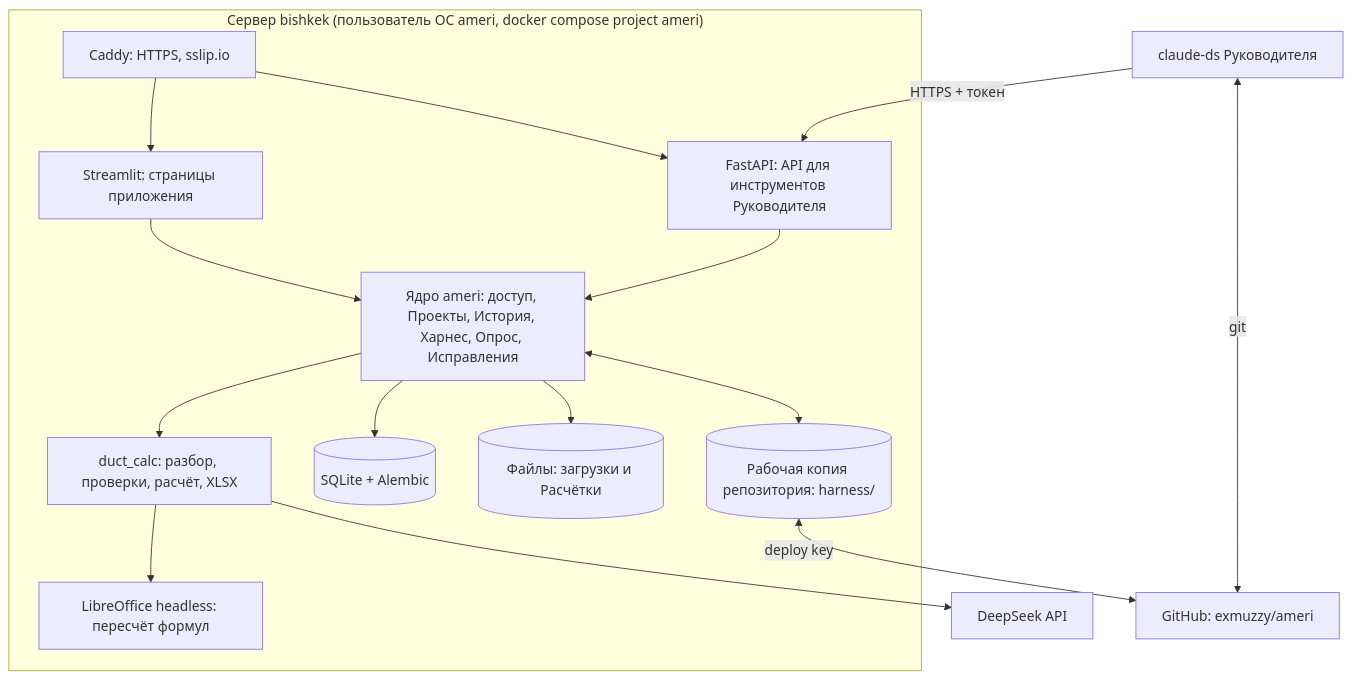
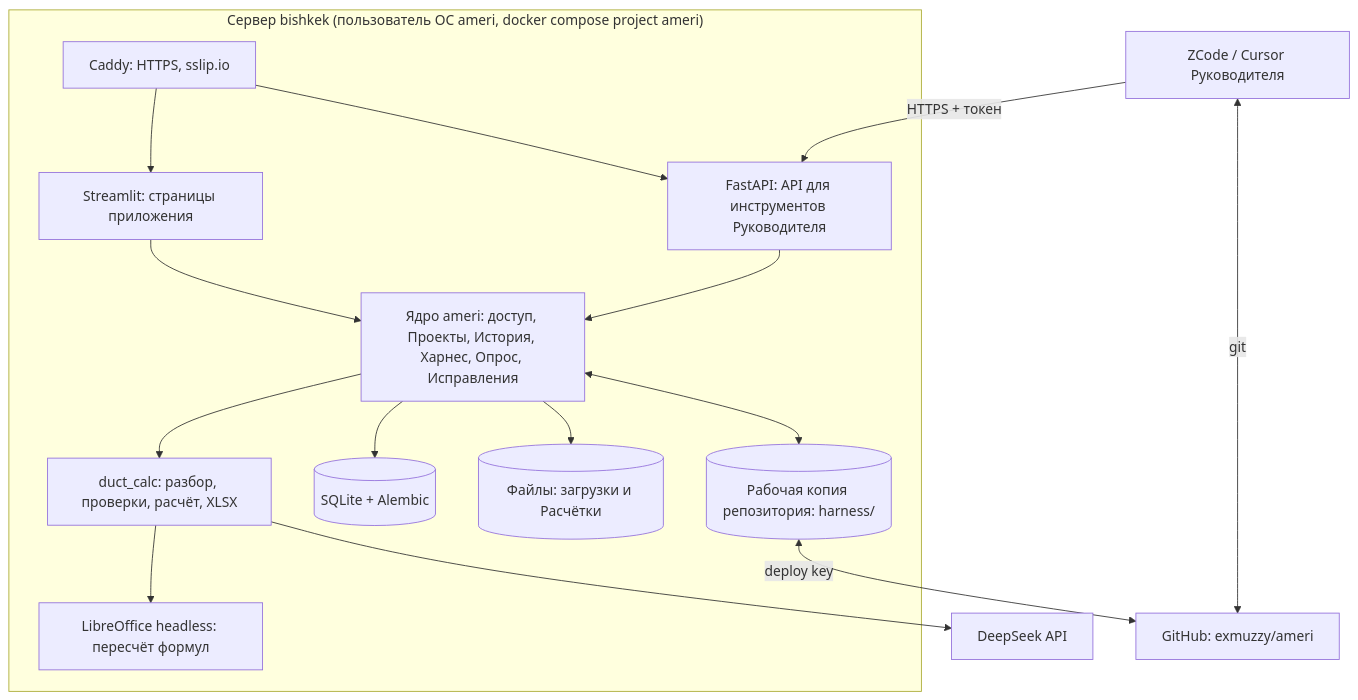
The first of 2 diagrams in docs/plan.md (exmuzzy/ameri), drawn with Mermaid before and after one commit. The commit also changed other lines of this file and 3 other files, not shown here.

First line of the commit message:
Leader works in ZCode or Cursor; claude-ds is the developers' tool

````diff
--- a/docs/plan.md
+++ b/docs/plan.md
@@ -39,31 +39,31 @@
 ```mermaid
 flowchart TB
     subgraph bishkek["Сервер bishkek (пользователь ОС ameri, docker compose project ameri)"]
         PROXY[Caddy: HTTPS, sslip.io]
         UI[Streamlit: страницы приложения]
         API[FastAPI: API для инструментов Руководителя]
         CORE[Ядро ameri: доступ, Проекты, История, Харнес, Опрос, Исправления]
         DC[duct_calc: разбор, проверки, расчёт, XLSX]
         LO[LibreOffice headless: пересчёт формул]
         DB[(SQLite + Alembic)]
         FS[(Файлы: загрузки и Расчётки)]
         GIT[(Рабочая копия репозитория: harness/)]
     end
     DS[DeepSeek API]
     GH[GitHub: exmuzzy/ameri]
-    LEAD[claude-ds Руководителя]
+    LEAD[ZCode / Cursor Руководителя]
 
     PROXY --> UI
     PROXY --> API
     UI --> CORE
     API --> CORE
     CORE --> DC
     DC --> LO
     CORE --> DB
     CORE --> FS
     CORE <--> GIT
     DC --> DS
     GIT <-->|deploy key| GH
     LEAD -->|HTTPS + токен| API
     LEAD <-->|git| GH
 ```
````
